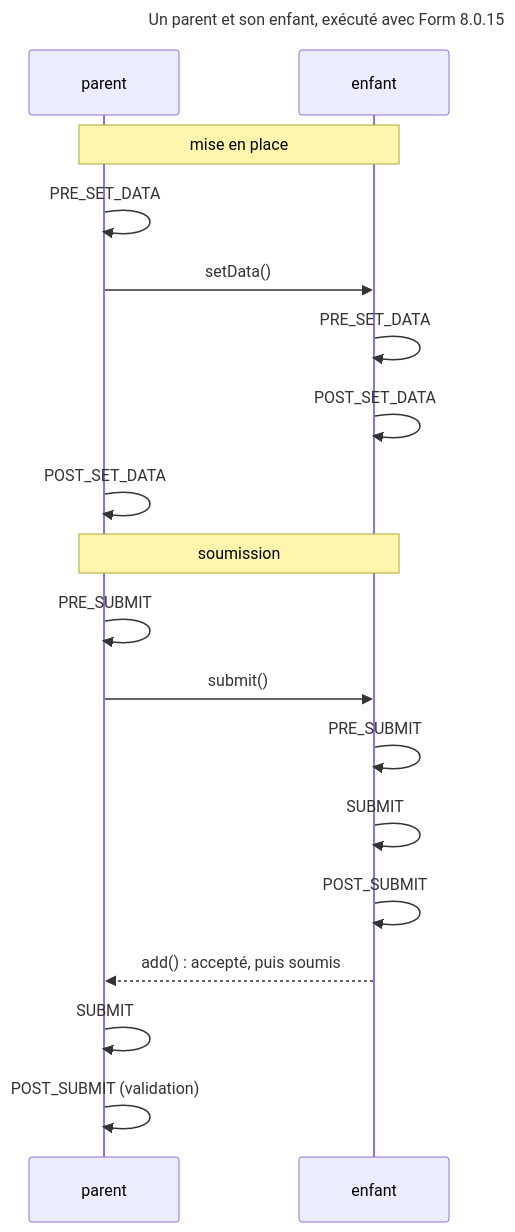
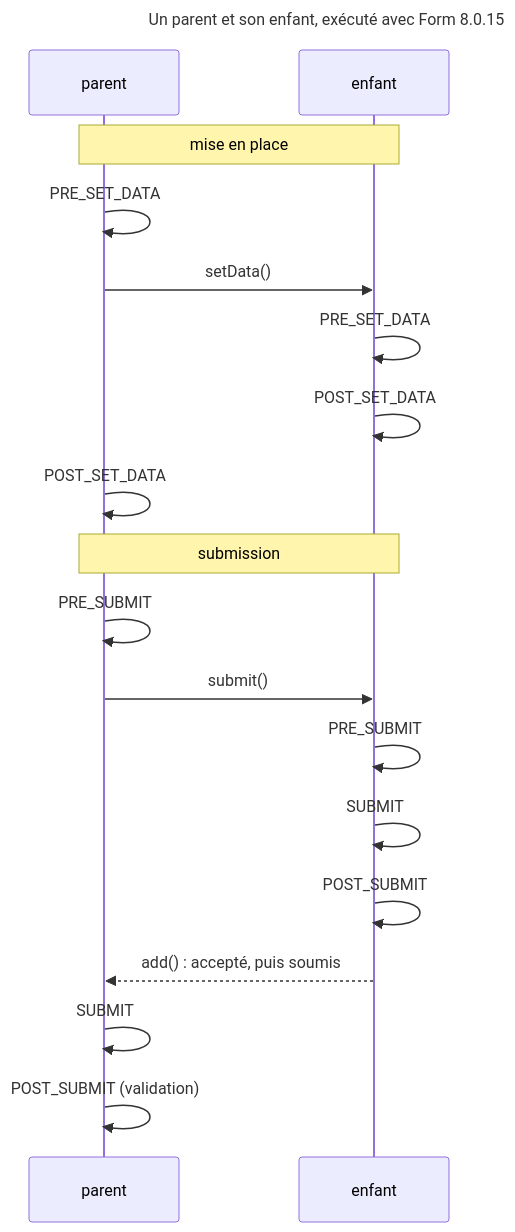
The diagram in content/courses/CRS-b2pn9zz55e4n.md (jasserYahyaoui/Symfony-8-Certification-Path), drawn with Mermaid before and after one commit. The commit also changed other lines of this file and 180 other files, not shown here.

````diff
--- a/content/courses/CRS-b2pn9zz55e4n.md
+++ b/content/courses/CRS-b2pn9zz55e4n.md
@@ -159,25 +159,25 @@
 ```mermaid
 ---
 title: Un parent et son enfant, exécuté avec Form 8.0.15
 ---
 sequenceDiagram
   accTitle: L'ordre des events d'un form parent et de son enfant
-  accDescr: À la mise en place, PRE_SET_DATA du parent, puis PRE_SET_DATA et POST_SET_DATA de l'enfant, puis POST_SET_DATA du parent. À la soumission, PRE_SUBMIT du parent, puis l'enfant est soumis entièrement, PRE_SUBMIT, SUBMIT et POST_SUBMIT, avant que le parent ne passe à SUBMIT puis POST_SUBMIT. Au POST_SUBMIT de l'enfant, le parent n'est pas encore soumis, et un field qui lui est ajouté à ce moment est soumis avec la valeur de la Request. La validation part du POST_SUBMIT de la racine.
+  accDescr: À la mise en place, PRE_SET_DATA du parent, puis PRE_SET_DATA et POST_SET_DATA de l'enfant, puis POST_SET_DATA du parent. À la submission, PRE_SUBMIT du parent, puis l'enfant est soumis entièrement, PRE_SUBMIT, SUBMIT et POST_SUBMIT, avant que le parent ne passe à SUBMIT puis POST_SUBMIT. Au POST_SUBMIT de l'enfant, le parent n'est pas encore soumis, et un field qui lui est ajouté à ce moment est soumis avec la valeur de la Request. La validation part du POST_SUBMIT de la racine.
   participant P as parent
   participant E as enfant
   Note over P,E: mise en place
   P->>P: PRE_SET_DATA
   P->>E: setData()
   E->>E: PRE_SET_DATA
   E->>E: POST_SET_DATA
   P->>P: POST_SET_DATA
-  Note over P,E: soumission
+  Note over P,E: submission
   P->>P: PRE_SUBMIT
   P->>E: submit()
   E->>E: PRE_SUBMIT
   E->>E: SUBMIT
   E->>E: POST_SUBMIT
   E-->>P: add() : accepté, puis soumis
   P->>P: SUBMIT
   P->>P: POST_SUBMIT (validation)
 ```
````
